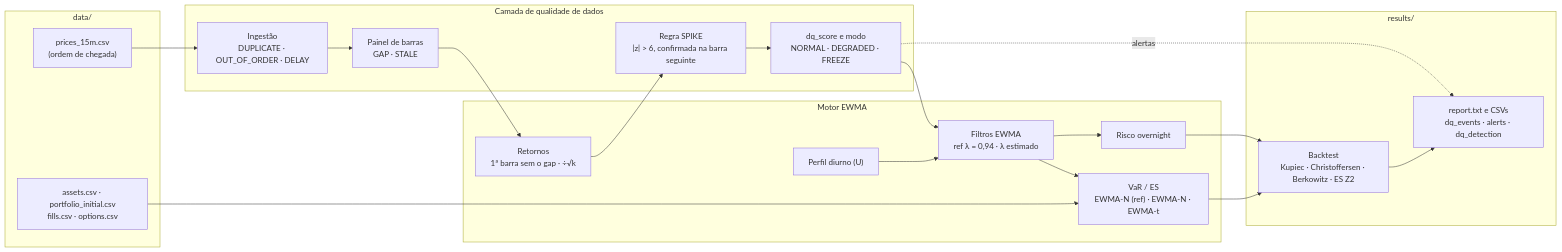
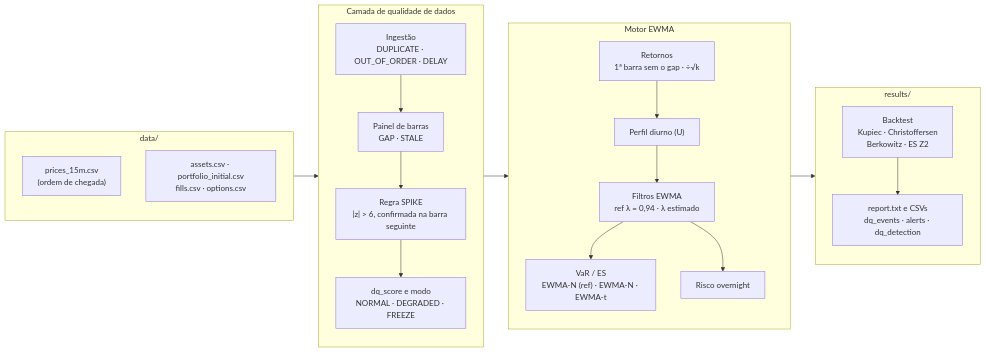
One commit to gustavoscardino/intraday-risk-engine changed the diagram in architecture/01_fluxo_de_dados.mmd. Above: the diagram before and after it, drawn with Mermaid. The commit also changed 19 other files, not shown here.

Commit message:
all architectures

```diff
--- a/architecture/01_fluxo_de_dados.mmd
+++ b/architecture/01_fluxo_de_dados.mmd
@@ -1,31 +1,35 @@
 flowchart LR
     subgraph Entrada["data/"]
+        direction TB
         P["prices_15m.csv<br/>(ordem de chegada)"]
         A["assets.csv · portfolio_initial.csv<br/>fills.csv · options.csv"]
     end
 
     subgraph DQ["Camada de qualidade de dados"]
+        direction TB
         I["Ingestão<br/>DUPLICATE · OUT_OF_ORDER · DELAY"]
         G["Painel de barras<br/>GAP · STALE"]
         S["Regra SPIKE<br/>|z| > 6, confirmada na barra seguinte"]
         M["dq_score e modo<br/>NORMAL · DEGRADED · FREEZE"]
+        I --> G --> S --> M
     end
 
     subgraph Motor["Motor EWMA"]
+        direction TB
         R["Retornos<br/>1ª barra sem o gap · ÷√k"]
         U["Perfil diurno (U)"]
         E["Filtros EWMA<br/>ref λ = 0,94 · λ estimado"]
         F["VaR / ES<br/>EWMA-N (ref) · EWMA-N · EWMA-t"]
         O["Risco overnight"]
+        R --> U --> E --> F
+        E --> O
     end
 
     subgraph Saida["results/"]
-        B["Backtest<br/>Kupiec · Christoffersen · Berkowitz · ES Z2"]
+        direction TB
+        B["Backtest<br/>Kupiec · Christoffersen<br/>Berkowitz · ES Z2"]
         C["report.txt e CSVs<br/>dq_events · alerts · dq_detection"]
+        B --> C
     end
 
-    P --> I --> G --> R --> S --> M --> E
-    A --> F
-    U --> E --> F --> B --> C
-    E --> O --> B
-    M -. alertas .-> C
+    Entrada --> DQ --> Motor --> Saida
```
